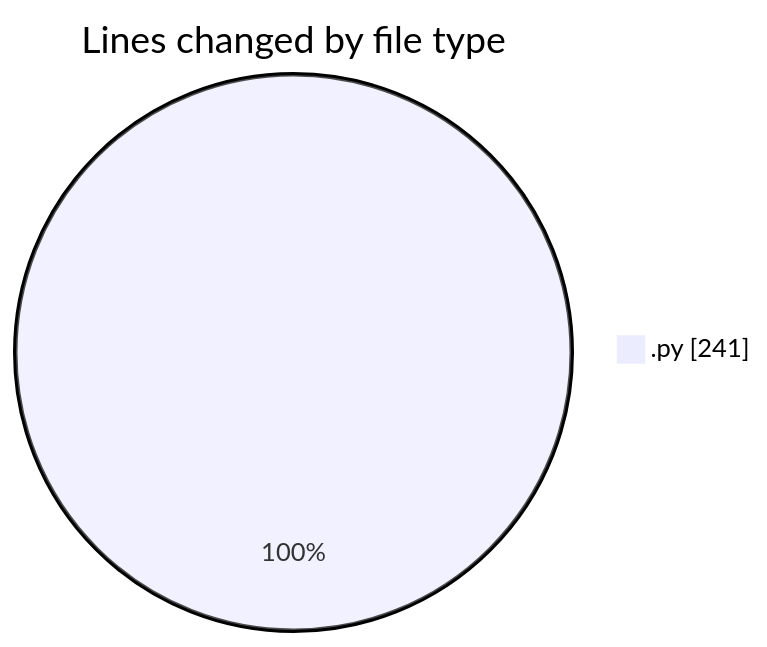
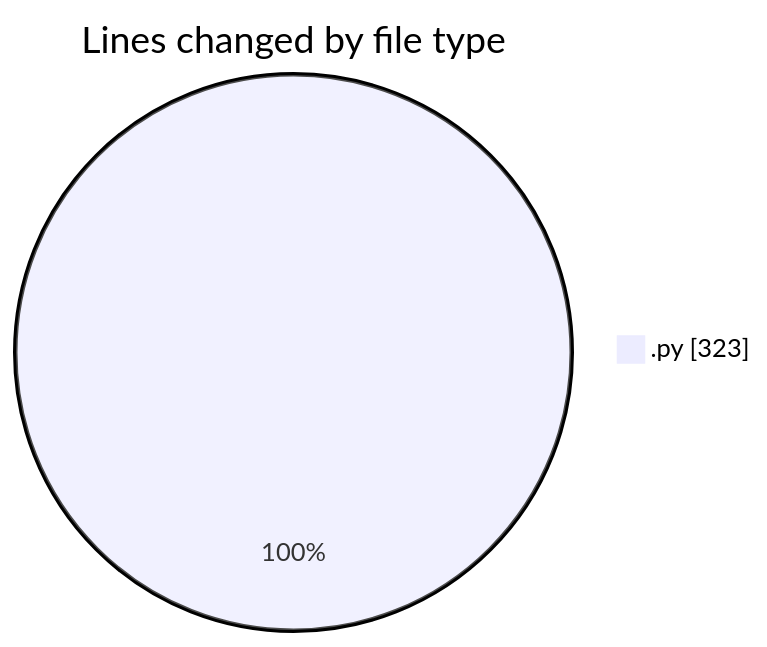
The first of 2 diagrams in 2026-01-21/testtrexima/README.md (MatusMokan/code-tracking), drawn with Mermaid before and after one commit. The commit also changed other lines of this file and 1 other file, not shown here.

````diff
--- a/2026-01-21/testtrexima/README.md
+++ b/2026-01-21/testtrexima/README.md
@@ -20,5 +20,5 @@
 ```mermaid
 pie showData
 title Lines changed by file type
-".py" : 241
+".py" : 323
 ```
````
